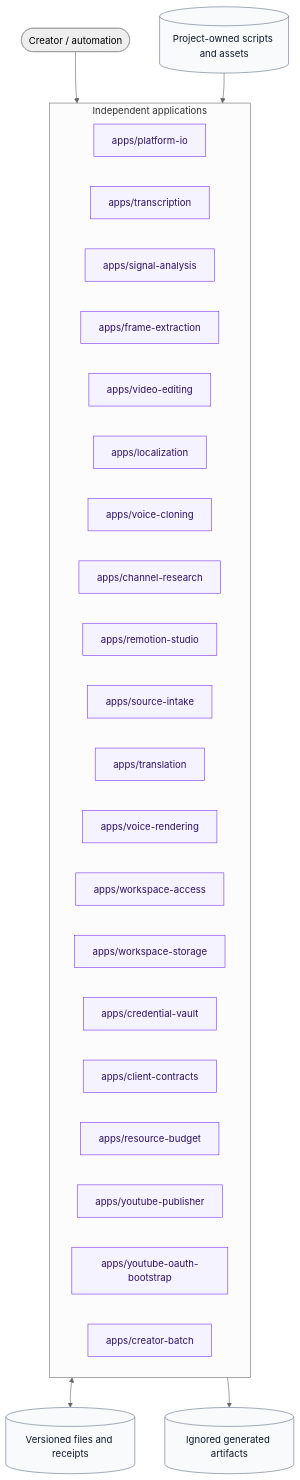
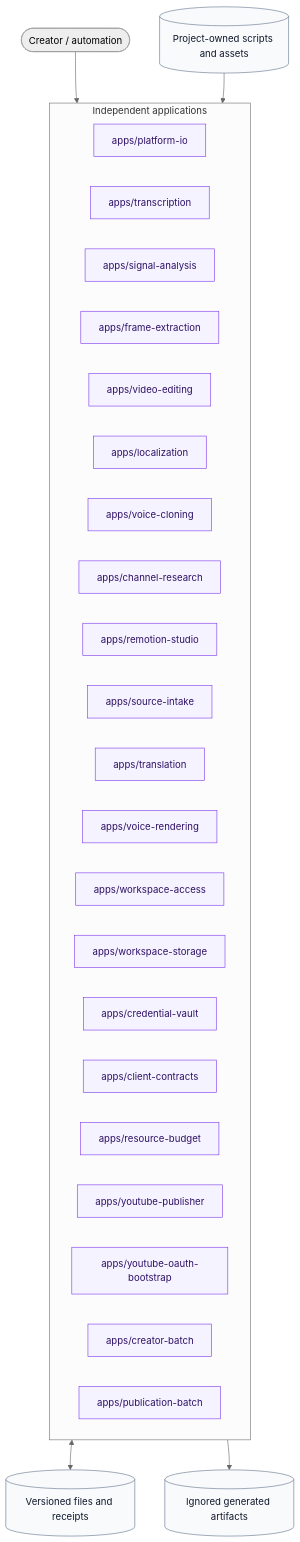
The second of 2 diagrams in README.md (wohuishuo/cc-video-pipeline), drawn with Mermaid (neutral theme) before and after one commit. The commit also changed other lines of this file and 42 other files, not shown here.

First line of the commit message:
feat: add publication batch planning graph (#24)

````diff
--- a/README.md
+++ b/README.md
@@ -87,39 +90,40 @@
 ```mermaid
 flowchart TB
     user([Creator / automation])
     subgraph apps[Independent applications]
       A[apps/platform-io]
       B[apps/transcription]
       C[apps/signal-analysis]
       D[apps/frame-extraction]
       E[apps/video-editing]
       F[apps/localization]
       G[apps/voice-cloning]
       H[apps/channel-research]
       I[apps/remotion-studio]
       J[apps/source-intake]
       K[apps/translation]
       L[apps/voice-rendering]
       M[apps/workspace-access]
       N[apps/workspace-storage]
       O[apps/credential-vault]
       P[apps/client-contracts]
       Q[apps/resource-budget]
       R[apps/youtube-publisher]
       S[apps/youtube-oauth-bootstrap]
       T[apps/creator-batch]
+      U[apps/publication-batch]
     end
     contracts[(Versioned files and receipts)]
     projects[(Project-owned scripts and assets)]
     outputs[(Ignored generated artifacts)]
 
     user --> apps
     apps <--> contracts
     projects --> apps
     apps --> outputs
 
     classDef boundary fill:#f5f3ff,stroke:#7c3aed,color:#2e1065;
     classDef data fill:#f8fafc,stroke:#64748b,color:#0f172a;
-    class A,B,C,D,E,F,G,H,I,J,K,L,M,N,O,P,Q,R,S,T boundary;
+    class A,B,C,D,E,F,G,H,I,J,K,L,M,N,O,P,Q,R,S,T,U boundary;
     class contracts,projects,outputs data;
 ```
````
